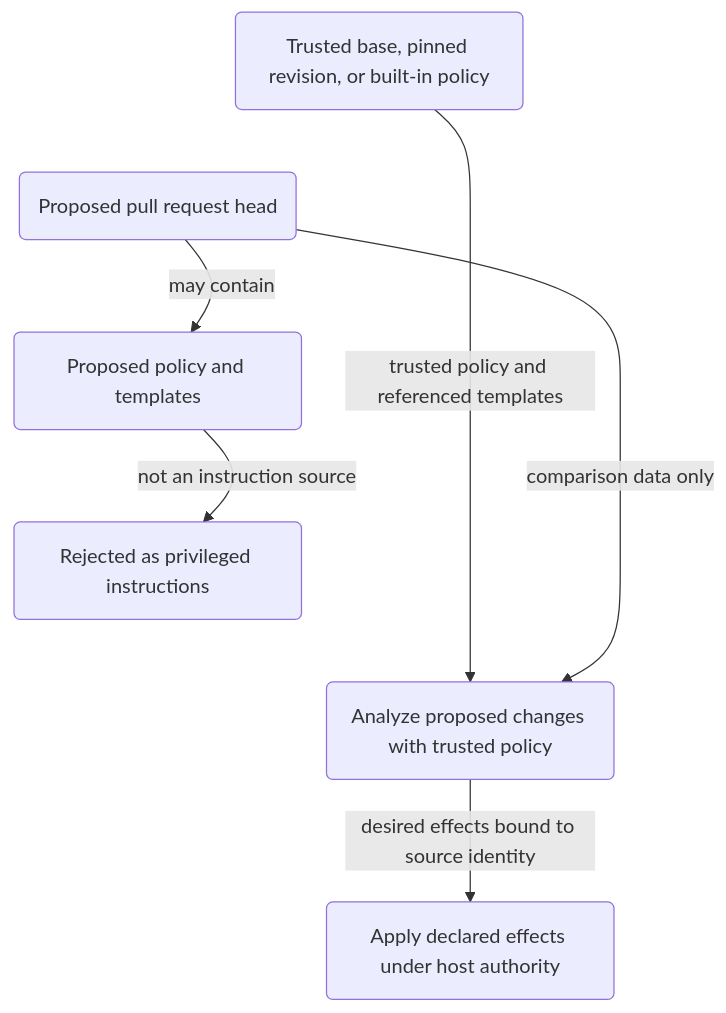
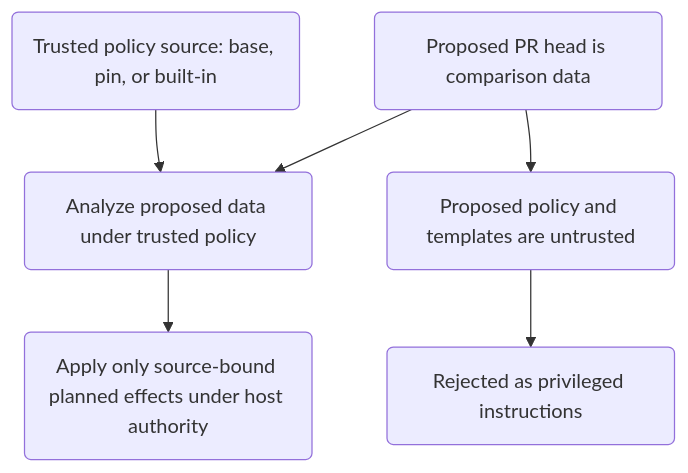
One commit to Wolfsblvt/diffdevil changed the diagram in docs/manual/assets/visuals/trust-boundary.mmd. Above: the diagram before and after it, drawn with Mermaid. The commit also changed 2 other files, not shown here.

Commit message:
fix: repair visual fallback and flow readability
Keep no-JavaScript assertions aligned with the emitted server theme, remove flowchart edge-label backgrounds from the selected explanations, and simplify the trust and selection topology so their text stays readable at narrow widths.

Co-authored-via: Nyxara | ChatGPT Web | GPT-5.6 Sol | Pro

```diff
--- a/docs/manual/assets/visuals/trust-boundary.mmd
+++ b/docs/manual/assets/visuals/trust-boundary.mmd
@@ -1,21 +1,16 @@
 flowchart TB
     accTitle: Proposed comparison data and trusted policy remain separate
     accDescr: A pull request's proposed head supplies comparison data. The privileged applying route takes instructions and referenced templates only from an immutable trusted base, a deliberately pinned revision, or built-in policy. Proposed policy has no route into privileged instruction execution.
 
-    trusted("Trusted base, pinned revision, or built-in policy")
-    proposed("Proposed pull request head")
-    proposedPolicy("Proposed policy and templates"):::bad
+    trusted("Trusted policy source: base, pin, or built-in")
+    proposed("Proposed PR head is comparison data")
+    proposedPolicy("Proposed policy and templates are untrusted"):::bad
     blocked("Rejected as privileged instructions"):::bad
-    analyze("Analyze proposed changes with trusted policy"):::focus
-    apply("Apply declared effects under host authority"):::ok
+    analyze("Analyze proposed data under trusted policy"):::focus
+    apply("Apply only source-bound planned effects under host authority"):::ok
 
-    trusted ~~~ proposed
-    proposed ~~~ proposedPolicy
-    proposedPolicy ~~~ blocked
-    blocked ~~~ analyze
-
-    trusted -->|"trusted policy and referenced templates"| analyze
-    proposed -->|"comparison data only"| analyze
-    proposed -->|"may contain"| proposedPolicy
-    proposedPolicy -->|"not an instruction source"| blocked
-    analyze -->|"desired effects bound to source identity"| apply
+    trusted --> analyze
+    proposed --> analyze
+    proposed --> proposedPolicy
+    proposedPolicy --> blocked
+    analyze --> apply
```
